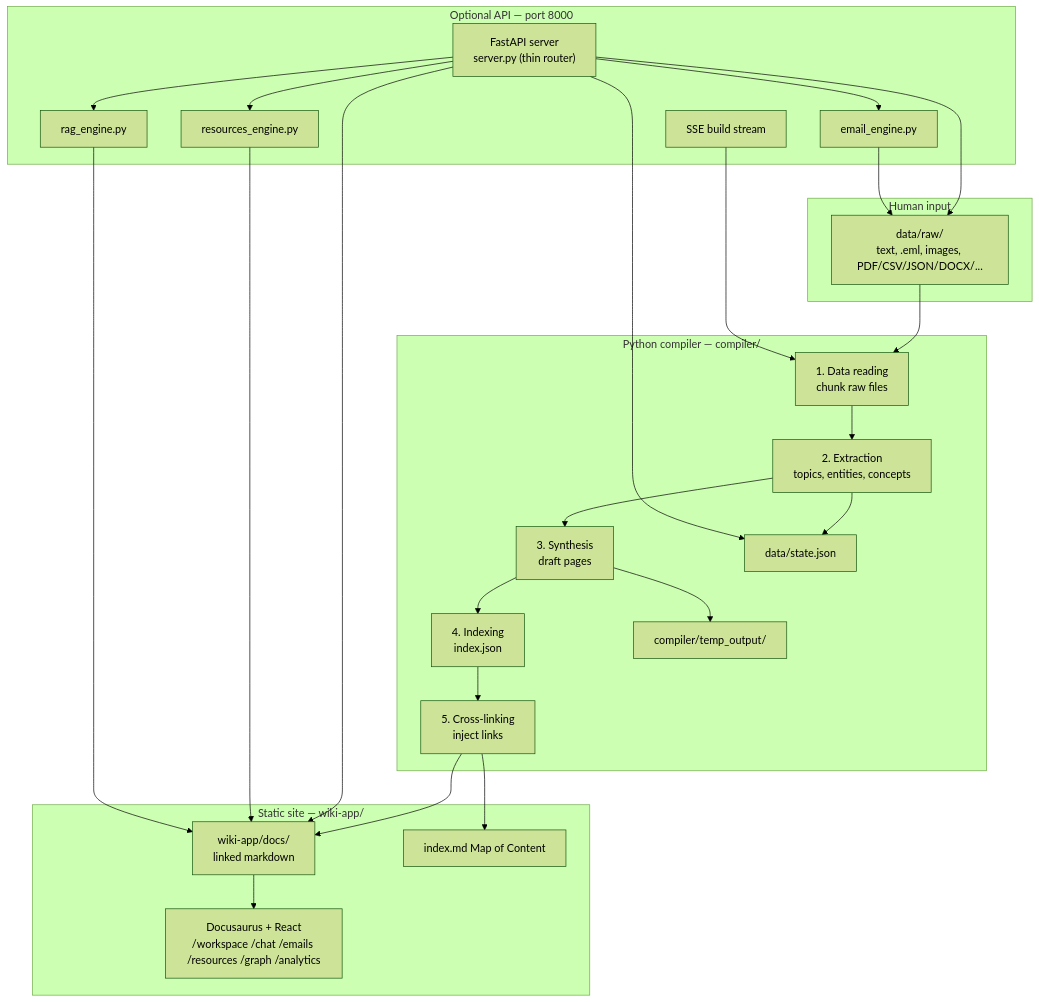
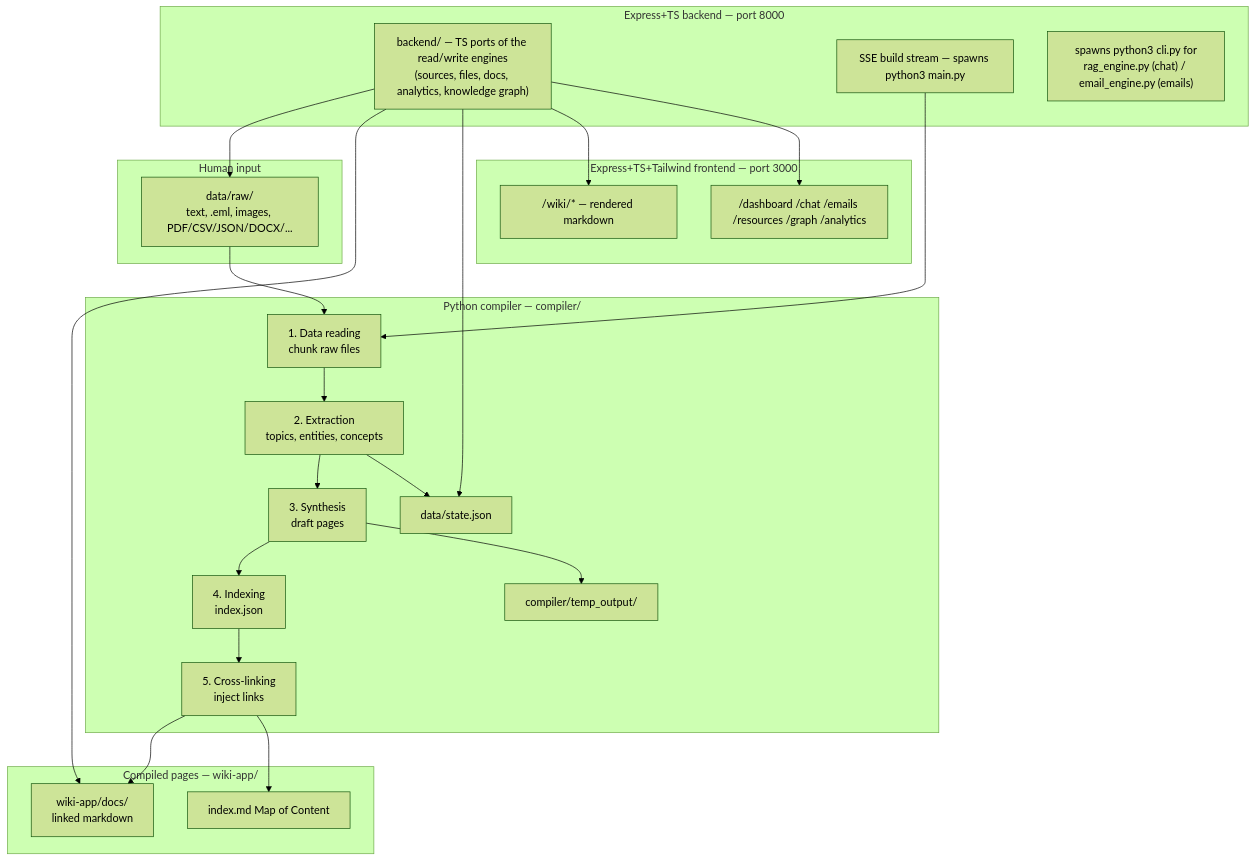
One commit to navidfalah/wiki changed the diagram in README.md. Above: the diagram before and after it, drawn with Mermaid (forest theme). The commit also changed other lines of this file and 97 other files, not shown here.

````diff
--- a/README.md
+++ b/README.md
@@ -37,48 +45,45 @@
 ```mermaid
 flowchart TB
     subgraph input [Human input]
         RAW["data/raw/<br/>text, .eml, images, PDF/CSV/JSON/DOCX/..."]
     end
 
     subgraph compiler [Python compiler — compiler/]
         S1["1. Data reading<br/>chunk raw files"]
         S2["2. Extraction<br/>topics, entities, concepts"]
         S3["3. Synthesis<br/>draft pages"]
         S4["4. Indexing<br/>index.json"]
         S5["5. Cross-linking<br/>inject links"]
         TEMP["compiler/temp_output/"]
         STATE["data/state.json"]
         S1 --> S2 --> S3 --> S4 --> S5
         S3 --> TEMP
         S2 --> STATE
     end
 
-    subgraph output [Static site — wiki-app/]
+    subgraph output [Compiled pages — wiki-app/]
         DOCS["wiki-app/docs/<br/>linked markdown"]
         MOC["index.md Map of Content"]
-        DOCUSAURUS["Docusaurus + React<br/>/workspace /chat /emails /resources /graph /analytics"]
     end
 
-    subgraph api [Optional API — port 8000]
-        FASTAPI["FastAPI server<br/>server.py (thin router)"]
-        SSE["SSE build stream"]
-        EMAILENG["email_engine.py"]
-        RESENG["resources_engine.py"]
-        RAGENG["rag_engine.py"]
+    subgraph backend [Express+TS backend — port 8000]
+        NODE["backend/ — TS ports of the read/write engines<br/>(sources, files, docs, analytics, knowledge graph)"]
+        SSE["SSE build stream — spawns python3 main.py"]
+        BRIDGE["spawns python3 cli.py for<br/>rag_engine.py (chat) / email_engine.py (emails)"]
+    end
+
+    subgraph frontend [Express+TS+Tailwind frontend — port 3000]
+        WIKI["/wiki/* — rendered markdown"]
+        DASH["/dashboard /chat /emails /resources /graph /analytics"]
     end
 
     RAW --> S1
     S5 --> DOCS
     S5 --> MOC
-    DOCS --> DOCUSAURUS
-    FASTAPI --> RAW
-    FASTAPI --> DOCS
-    FASTAPI --> STATE
+    NODE --> RAW
+    NODE --> DOCS
+    NODE --> STATE
     SSE --> S1
-    FASTAPI --> EMAILENG
-    FASTAPI --> RESENG
-    FASTAPI --> RAGENG
-    EMAILENG --> RAW
-    RESENG --> DOCS
-    RAGENG --> DOCS
+    NODE --> WIKI
+    NODE --> DASH
 ```
````
